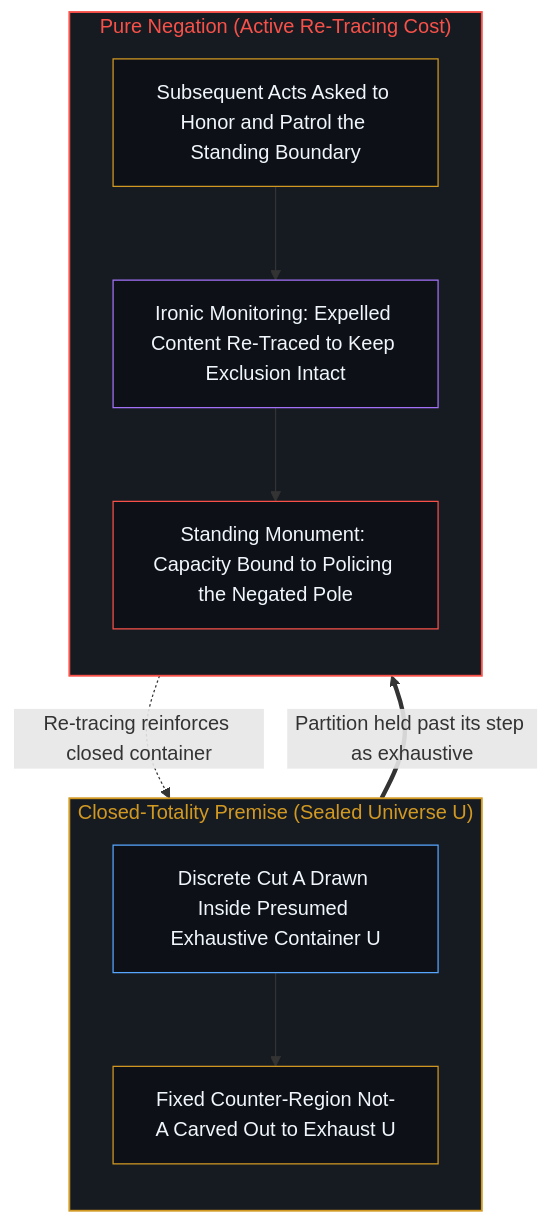
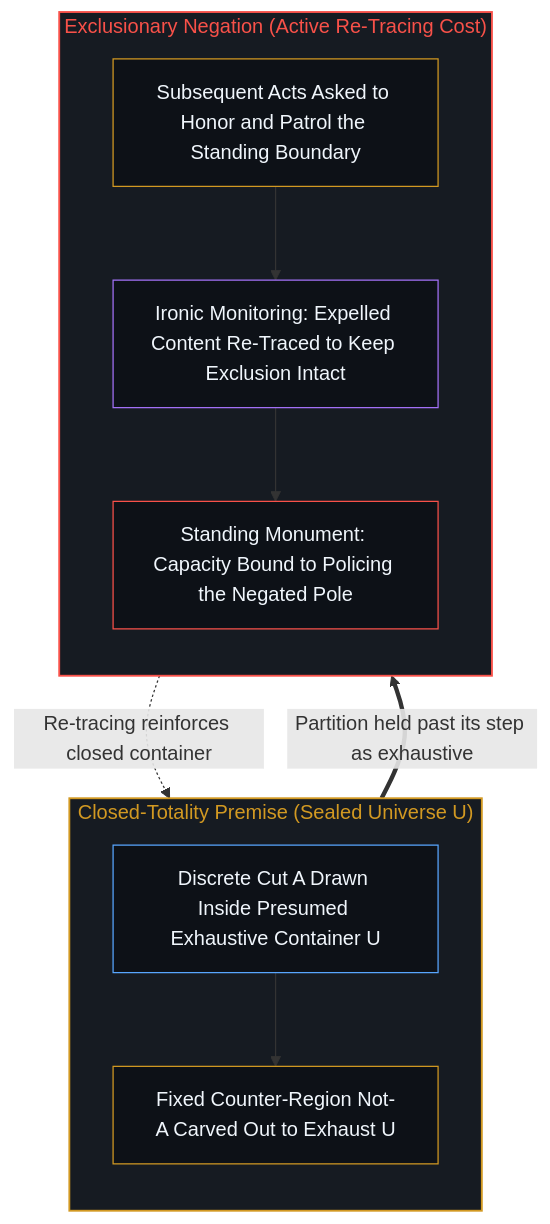
Before and after one commit to powerpig99/not-a-toe: the second of 4 diagrams in content/posts/differentiation-and-the-appearance-of-negation.md, drawn with Mermaid. The commit also changed other lines of this file and 4 other files, not shown here.

````diff
--- a/content/posts/differentiation-and-the-appearance-of-negation.md
+++ b/content/posts/differentiation-and-the-appearance-of-negation.md
@@ -71,25 +71,25 @@
 ```mermaid
 flowchart TD
     subgraph S_Closed["Closed-Totality Premise (Sealed Universe U)"]
         direction TB
         C_Cut["Discrete Cut A Drawn Inside Presumed Exhaustive Container U"]
         C_Comp["Fixed Counter-Region Not-A Carved Out to Exhaust U"]
         C_Cut --> C_Comp
     end
-    subgraph S_Retrace["Pure Negation (Active Re-Tracing Cost)"]
+    subgraph S_Retrace["Exclusionary Negation (Active Re-Tracing Cost)"]
         direction TB
         R_Honor["Subsequent Acts Asked to Honor and Patrol the Standing Boundary"]
         R_Loop["Ironic Monitoring: Expelled Content Re-Traced to Keep Exclusion Intact"]
         R_Mon["Standing Monument: Capacity Bound to Policing the Negated Pole"]
         R_Honor --> R_Loop --> R_Mon
     end
     C_Comp ==>|"Partition held past its step as exhaustive"| R_Honor
     R_Mon -.->|"Re-tracing reinforces closed container"| C_Cut
     style S_Closed fill:#161b22,stroke:#d29922,stroke-width:1.5px,color:#d29922
     style S_Retrace fill:#161b22,stroke:#f85149,stroke-width:1.5px,color:#f85149
     style C_Cut fill:#0d1117,stroke:#58a6ff,stroke-width:1px,color:#f0f6fc
     style C_Comp fill:#0d1117,stroke:#d29922,stroke-width:1px,color:#f0f6fc
     style R_Honor fill:#0d1117,stroke:#d29922,stroke-width:1px,color:#f0f6fc
     style R_Loop fill:#0d1117,stroke:#a371f7,stroke-width:1px,color:#f0f6fc
     style R_Mon fill:#0d1117,stroke:#f85149,stroke-width:1px,color:#f0f6fc
 ```
````
